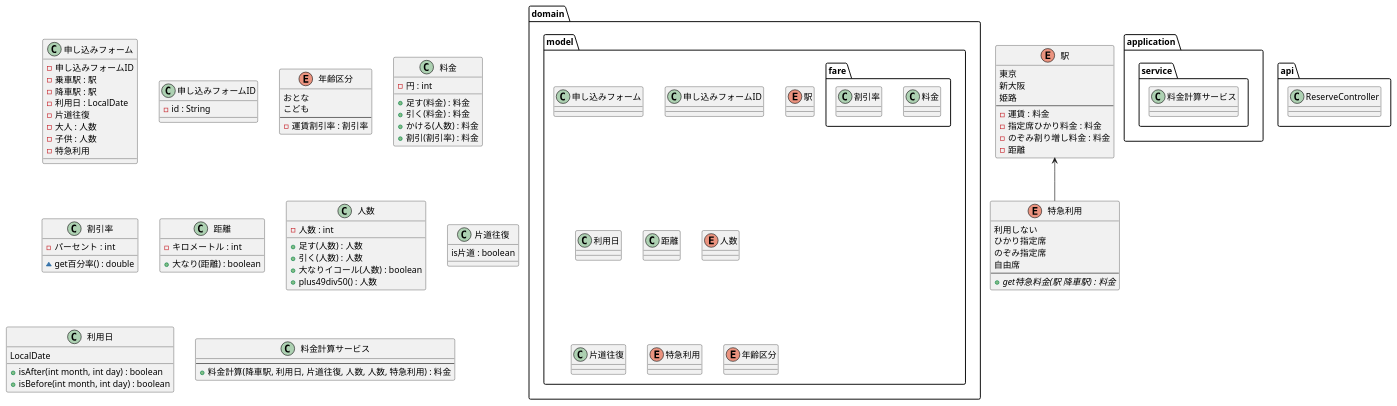
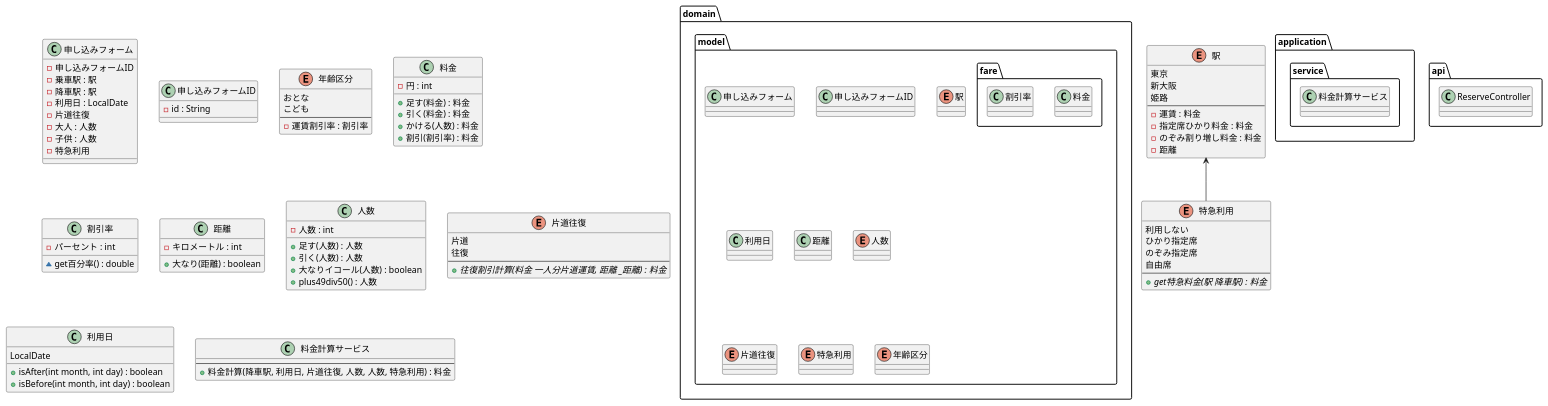
Before and after one commit to MiuraKotaro/jr-pricing: the diagram in uml/class.puml, drawn with PlantUML. The commit also changed 2 other files, not shown here.

Commit message:
enum 片道往復

```diff
--- a/uml/class.puml
+++ b/uml/class.puml
@@ -1,113 +1,116 @@
 @startuml
 
 package domain {
     package model {
 
         class 申し込みフォーム
         class 申し込みフォームID
         enum 駅
         package fare {
             class 料金
             class 割引率
         }
         class 利用日
         class 距離
         enum 人数
-        class 片道往復
+        enum 片道往復
         enum 特急利用
         enum 年齢区分
     }
 
 }
 
 package application {
     package service {
         class 料金計算サービス
     }
 }
 
 package api {
     class ReserveController
 }
 
 class 申し込みフォーム {
     - 申し込みフォームID
     - 乗車駅 : 駅
     - 降車駅 : 駅
     - 利用日 : LocalDate
     - 片道往復
     - 大人 : 人数
     - 子供 : 人数
     - 特急利用
 }
 class 申し込みフォームID {
     - id : String
 }
 enum 駅 {
     東京
     新大阪
     姫路
     --
     - 運賃 : 料金
     - 指定席ひかり料金 : 料金
     - のぞみ割り増し料金 : 料金
     - 距離
 }
 enum 特急利用 {
     利用しない
     ひかり指定席
     のぞみ指定席
     自由席
     --
     + {abstract} get特急料金(駅 降車駅) : 料金
 }
 enum 年齢区分 {
     おとな
     こども
     --
     - 運賃割引率 : 割引率
 }
 class 料金 {
     - 円 : int
 
     + 足す(料金) : 料金
     + 引く(料金) : 料金
     + かける(人数) : 料金
     + 割引(割引率) : 料金
 }
 class 割引率 {
     - パーセント : int
 
     ~ get百分率() : double
 }
 class 距離 {
     - キロメートル : int
 
     + 大なり(距離) : boolean
 }
 class 人数 {
     - 人数 : int
 
     + 足す(人数) : 人数
     + 引く(人数) : 人数
     + 大なりイコール(人数) : boolean
     + plus49div50() : 人数
 }
-class 片道往復 {
-    is片道 : boolean
+enum 片道往復 {
+    片道
+    往復
+    --
+    + {abstract} 往復割引計算(料金 一人分片道運賃, 距離 _距離) : 料金
 }
 class 利用日 {
     LocalDate
 
     + isAfter(int month, int day) : boolean
     + isBefore(int month, int day) : boolean
 }
 
 class 料金計算サービス {
     --
     + 料金計算(降車駅, 利用日, 片道往復, 人数, 人数, 特急利用) : 料金
 }
 
 駅 <-- 特急利用
 
 @enduml
```
